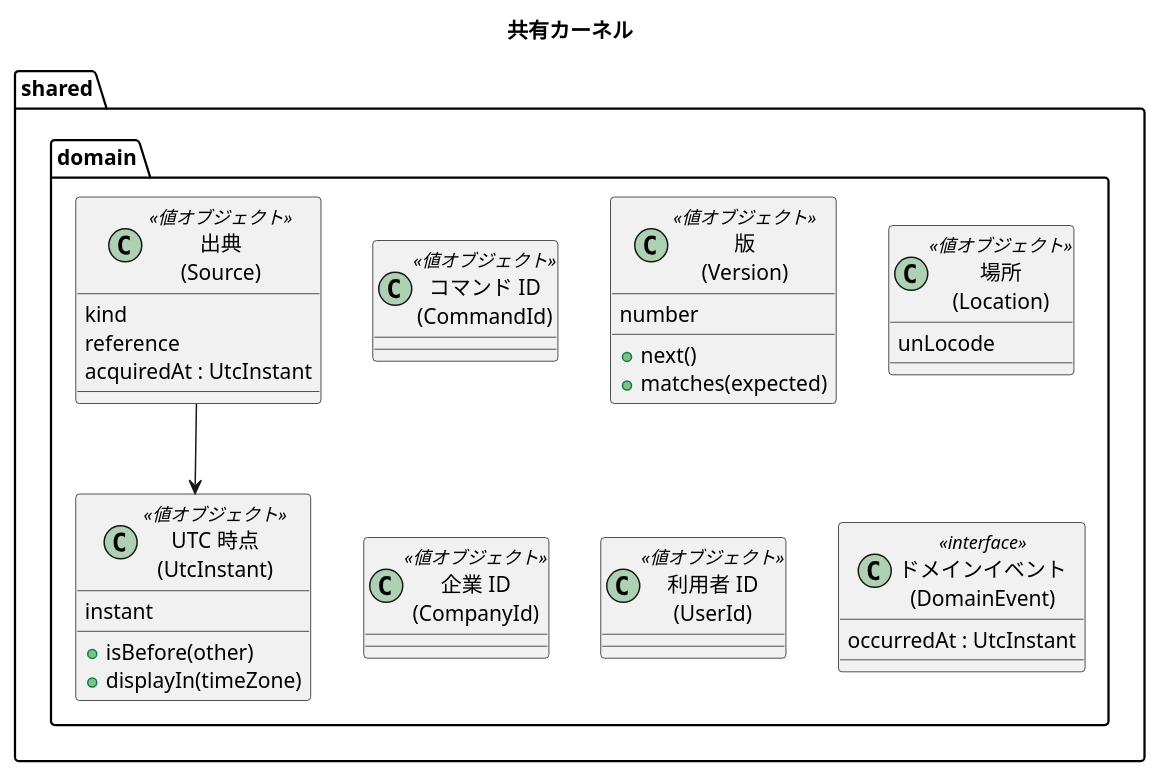
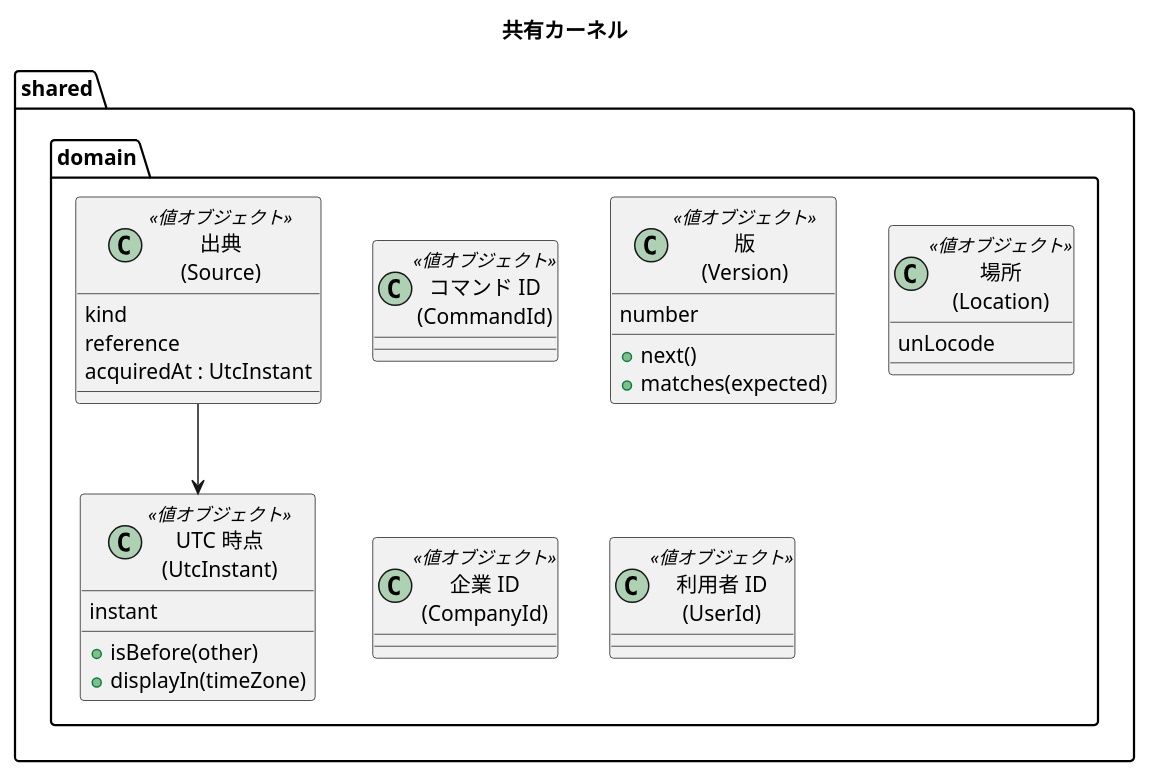
Before and after one commit to k2works/practical-domain-driven-design-in-enterpris-application: the second of 15 diagrams in docs/design/cargo-tracker/domain_model.md, drawn with PlantUML. The commit also changed other lines of this file and 9 other files, not shown here.

````diff
--- a/docs/design/cargo-tracker/domain_model.md
+++ b/docs/design/cargo-tracker/domain_model.md
@@ -130,32 +131,29 @@
 ```plantuml
 @startuml
 title 共有カーネル
 package "shared.domain" {
   class "UTC 時点\n(UtcInstant)" as UtcInstant <<値オブジェクト>> {
     instant
     + isBefore(other)
     + displayIn(timeZone)
   }
   class "コマンド ID\n(CommandId)" as CommandId <<値オブジェクト>>
   class "版\n(Version)" as Version <<値オブジェクト>> {
     number
     + next()
     + matches(expected)
   }
   class "場所\n(Location)" as Location <<値オブジェクト>> {
     unLocode
   }
   class "出典\n(Source)" as Source <<値オブジェクト>> {
     kind
     reference
     acquiredAt : UtcInstant
   }
   class "企業 ID\n(CompanyId)" as CompanyId <<値オブジェクト>>
   class "利用者 ID\n(UserId)" as UserId <<値オブジェクト>>
-  class "ドメインイベント\n(DomainEvent)" as DomainEvent <<interface>> {
-    occurredAt : UtcInstant
-  }
 }
 Source --> UtcInstant
 @enduml
 ```
````
